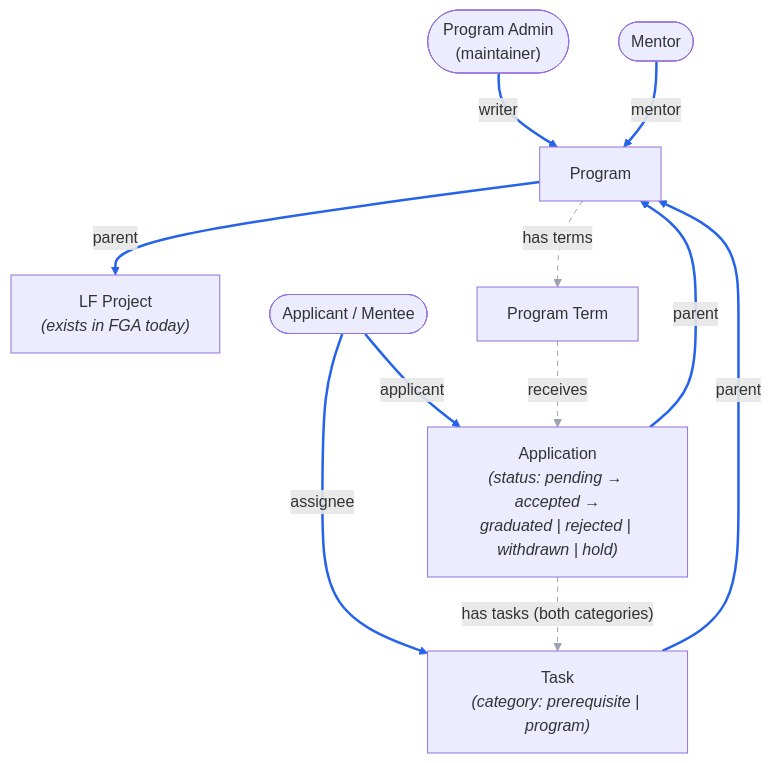
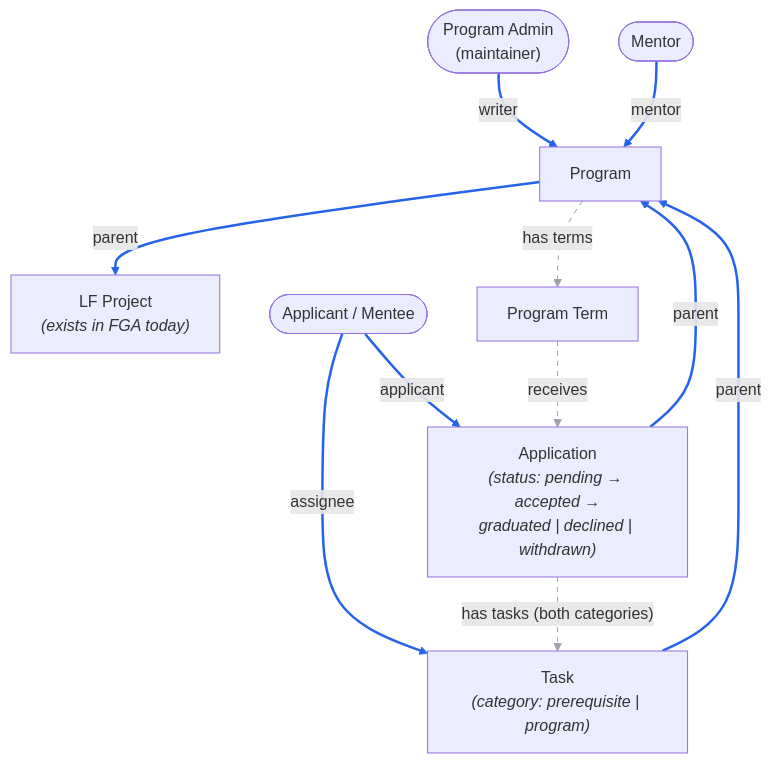
Before and after one commit to linuxfoundation/lfx-mentorship: the diagram in docs/rewrite/04-authorization-model.md, drawn with Mermaid. The commit also changed other lines of this file, not shown here.

Commit message:
docs(rewrite): application statuses reflect what the UI can set
The legacy UI dropdown offers pending/accepted/declined/graduated/
withdrawn for mentee applications. Backend-only constants are noted
as vestigial: hold (settable nowhere), rejected (declined mentor
invitations, rows deleted by legacy), approved (mentor/maintainer
membership). Backfill inventory maps stray rows explicitly.

````diff
--- a/docs/rewrite/04-authorization-model.md
+++ b/docs/rewrite/04-authorization-model.md
@@ -25,26 +25,26 @@
 ```mermaid
 flowchart TB
     PROJECT["LF Project<br/><i>(exists in FGA today)</i>"]
     PROGRAM["Program"]
     TERM["Program Term"]
-    APP["Application<br/><i>(status: pending → accepted →<br/>graduated | rejected | withdrawn | hold)</i>"]
+    APP["Application<br/><i>(status: pending → accepted →<br/>graduated | declined | withdrawn)</i>"]
     TASK["Task<br/><i>(category: prerequisite | program)</i>"]
     ADMIN(["Program Admin<br/>(maintainer)"])
     MENTOR(["Mentor"])
     MENTEE(["Applicant / Mentee"])
 
     PROGRAM ==>|"parent"| PROJECT
     ADMIN ==>|"writer"| PROGRAM
     MENTOR ==>|"mentor"| PROGRAM
     APP ==>|"parent"| PROGRAM
     MENTEE ==>|"applicant"| APP
     TASK ==>|"parent"| PROGRAM
     MENTEE ==>|"assignee"| TASK
 
     PROGRAM -.->|"has terms"| TERM
     TERM -.->|"receives"| APP
     APP -.->|"has tasks (both categories)"| TASK
 
     linkStyle 0,1,2,3,4,5,6 stroke:#2563eb,stroke-width:2.5px
     linkStyle 7,8,9 stroke:#9ca3af,stroke-dasharray:5 5
 ```
````
